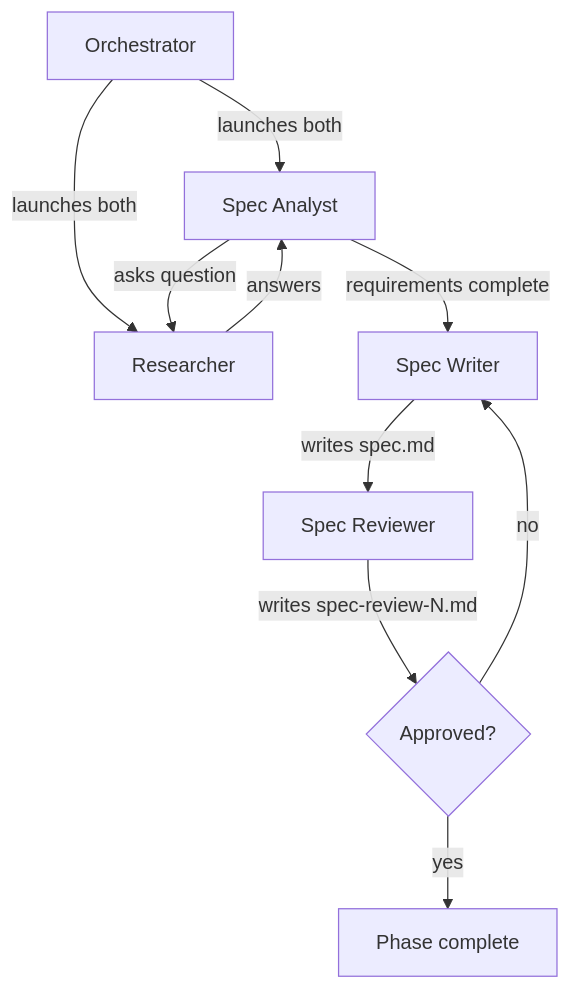
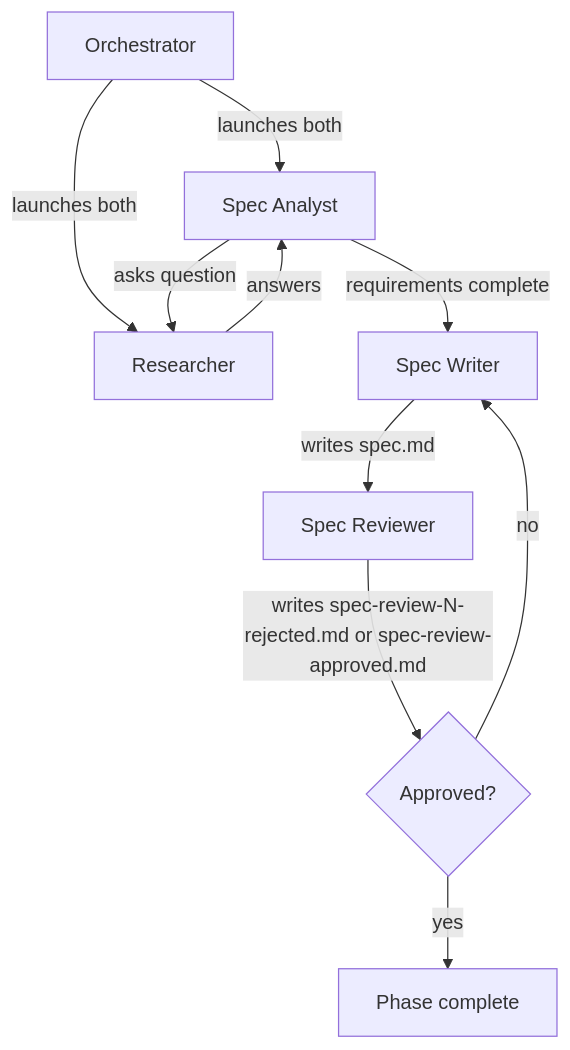
The diagram in .agents/skills/radical-pipelines/reference/autonomous-phases/1 - spec.md (Automattic/radical-pipelines), drawn with Mermaid before and after one commit. The commit also changed other lines of this file and 22 other files, not shown here.

````diff
--- a/.agents/skills/radical-pipelines/reference/autonomous-phases/1 - spec.md
+++ b/.agents/skills/radical-pipelines/reference/autonomous-phases/1 - spec.md
@@ -37,12 +38,12 @@
 ```mermaid
 flowchart TD
     A[Orchestrator] -->|launches both| B[Spec Analyst]
     A -->|launches both| C[Researcher]
     B -->|asks question| C
     C -->|answers| B
     B -->|requirements complete| D[Spec Writer]
     D -->|writes spec.md| E[Spec Reviewer]
-    E -->|writes spec-review-N.md| F{Approved?}
+    E -->|writes spec-review-N-rejected.md or spec-review-approved.md| F{Approved?}
     F -->|no| D
     F -->|yes| G[Phase complete]
 ```
````
